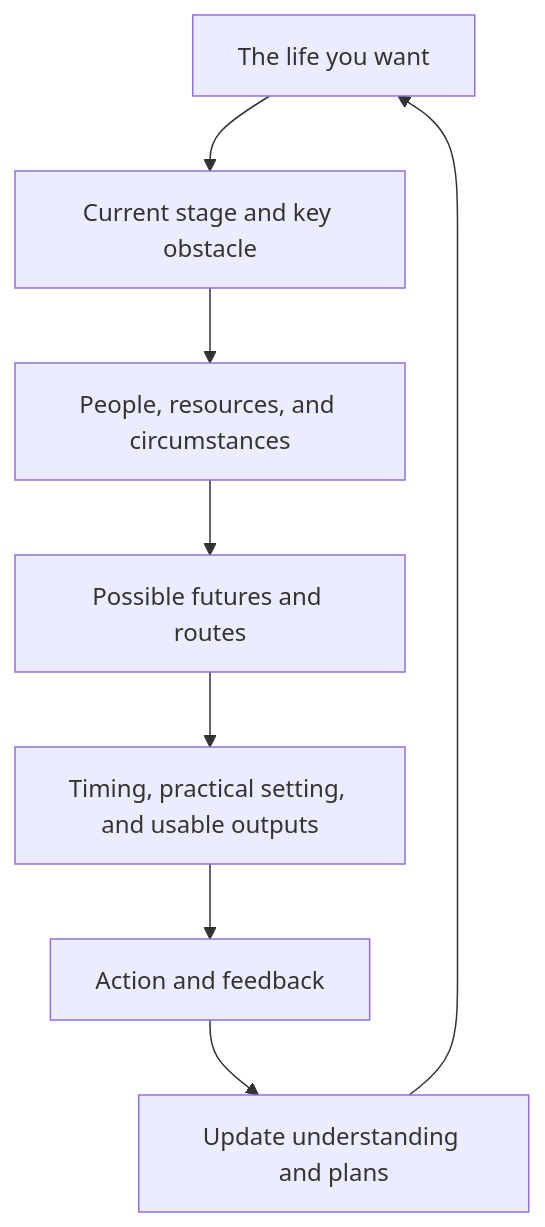
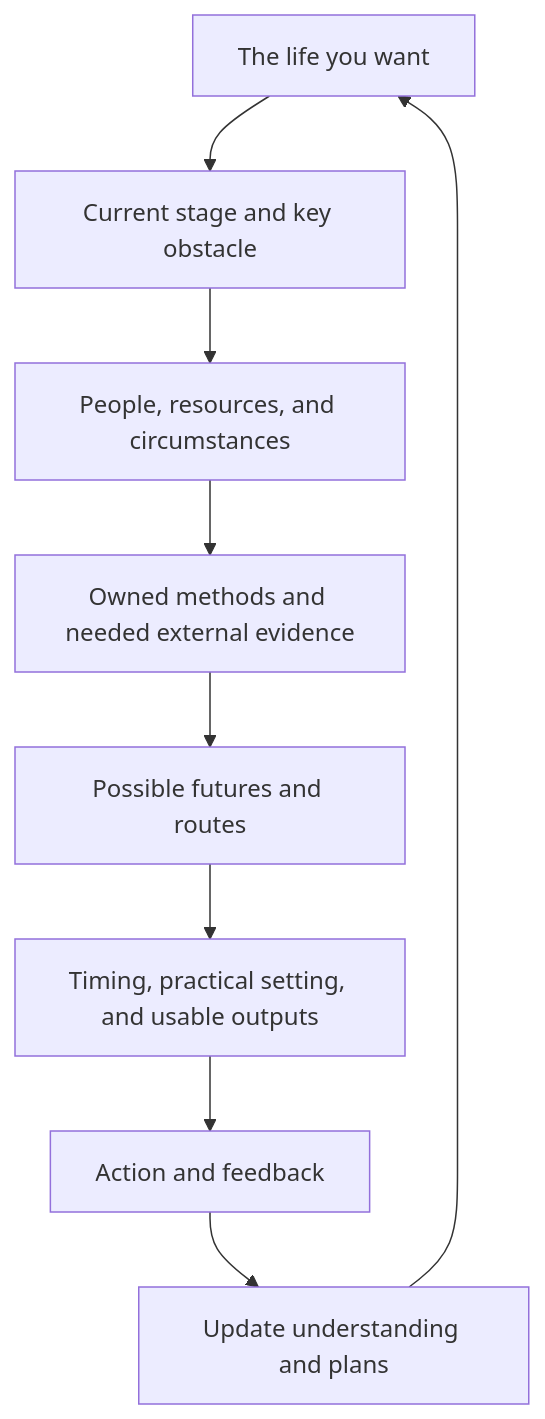
One commit to ZanePan2027/zane-life-workbench changed the diagram in docs/architecture.en.md. Above: the diagram before and after it, drawn with Mermaid. The commit also changed other lines of this file and 13 other files, not shown here.

````diff
--- a/docs/architecture.en.md
+++ b/docs/architecture.en.md
@@ -7,10 +7,11 @@
 ```mermaid
 flowchart TD
  A[The life you want] --> B[Current stage and key obstacle]
  B --> C[People, resources, and circumstances]
- C --> D[Possible futures and routes]
- D --> E[Timing, practical setting, and usable outputs]
- E --> F[Action and feedback]
- F --> G[Update understanding and plans]
- G --> A
+ C --> D[Owned methods and needed external evidence]
+ D --> E[Possible futures and routes]
+ E --> F[Timing, practical setting, and usable outputs]
+ F --> G[Action and feedback]
+ G --> H[Update understanding and plans]
+ H --> A
 ```
````
